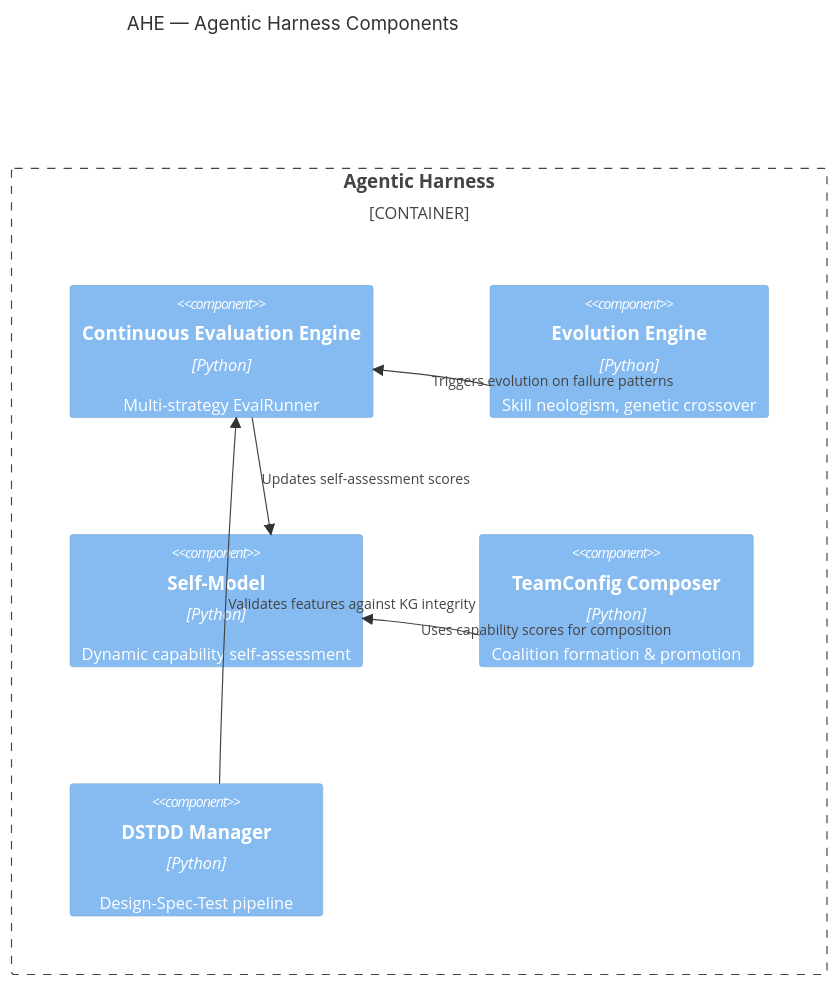
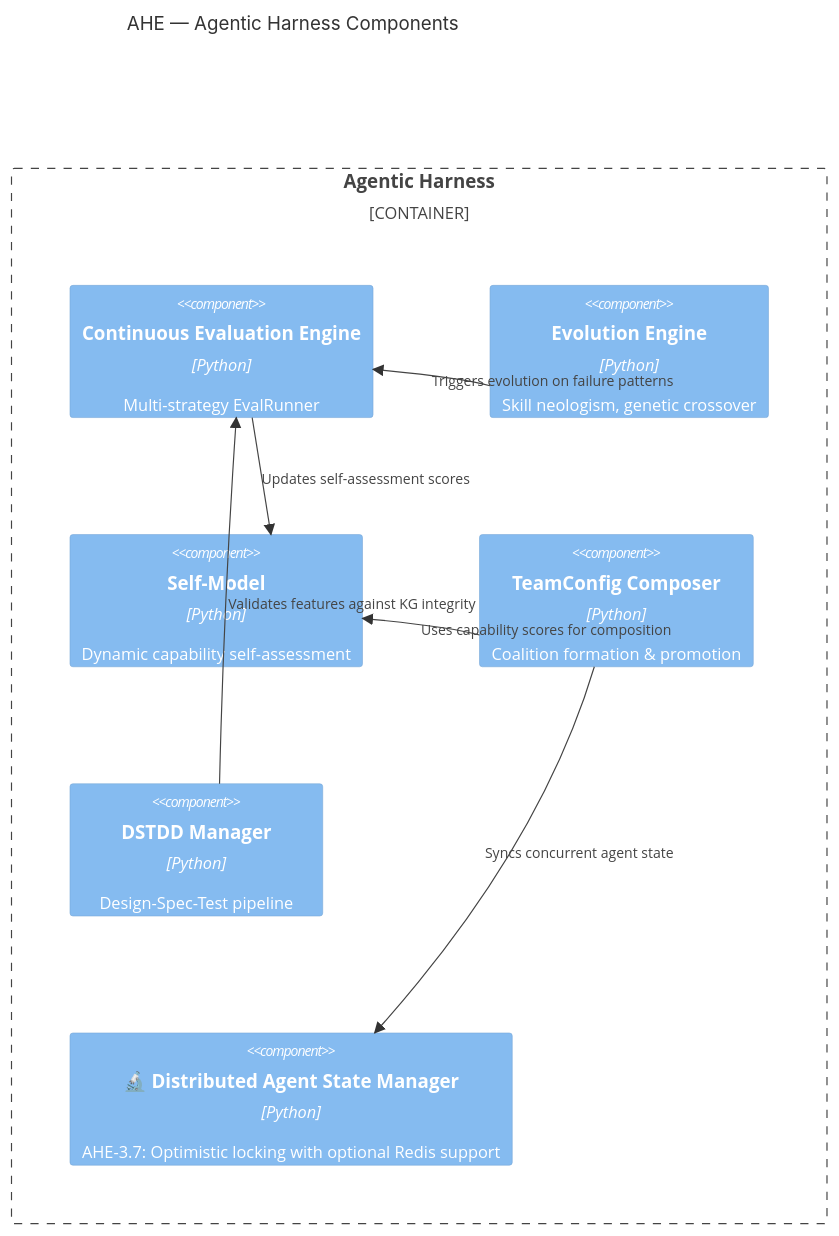
Before and after one commit to Knuckles-Team/agent-utilities: the fifth of 9 diagrams in docs/pillars/architecture_c4.md, drawn with Mermaid. The commit also changed other lines of this file and 215 other files, not shown here.

````diff
--- a/docs/pillars/architecture_c4.md
+++ b/docs/pillars/architecture_c4.md
@@ -134,17 +147,19 @@
 ```mermaid
 C4Component
     title AHE — Agentic Harness Components
 
     Container_Boundary(ahe, "Agentic Harness") {
         Component(eval, "Continuous Evaluation Engine", "Python", "Multi-strategy EvalRunner")
         Component(evolve, "Evolution Engine", "Python", "Skill neologism, genetic crossover")
         Component(selfmodel, "Self-Model", "Python", "Dynamic capability self-assessment")
         Component(team, "TeamConfig Composer", "Python", "Coalition formation & promotion")
         Component(sdd, "DSTDD Manager", "Python", "Design-Spec-Test pipeline")
+        Component(dasm, "🔬 Distributed Agent State Manager", "Python", "AHE-3.7: Optimistic locking with optional Redis support")
     }
 
     Rel(eval, selfmodel, "Updates self-assessment scores")
     Rel(evolve, eval, "Triggers evolution on failure patterns")
     Rel(team, selfmodel, "Uses capability scores for composition")
     Rel(sdd, eval, "Validates features against KG integrity")
+    Rel(team, dasm, "Syncs concurrent agent state")
 ```
````
